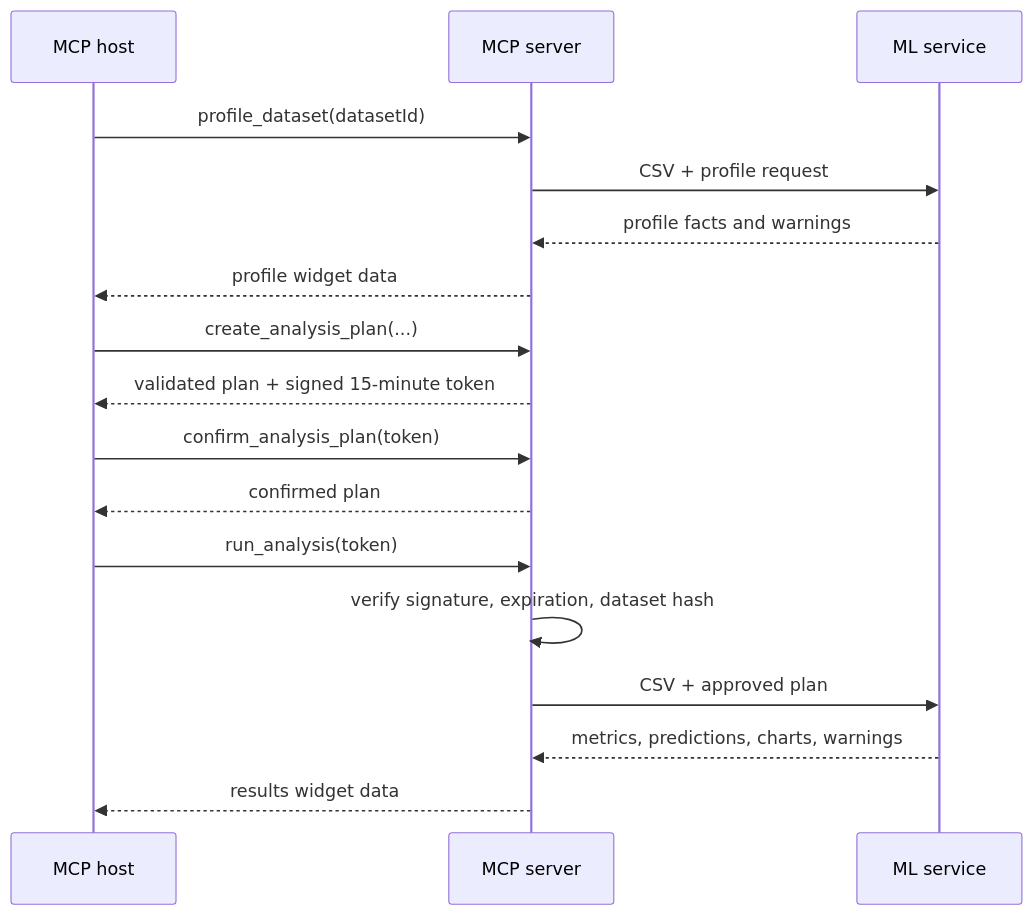
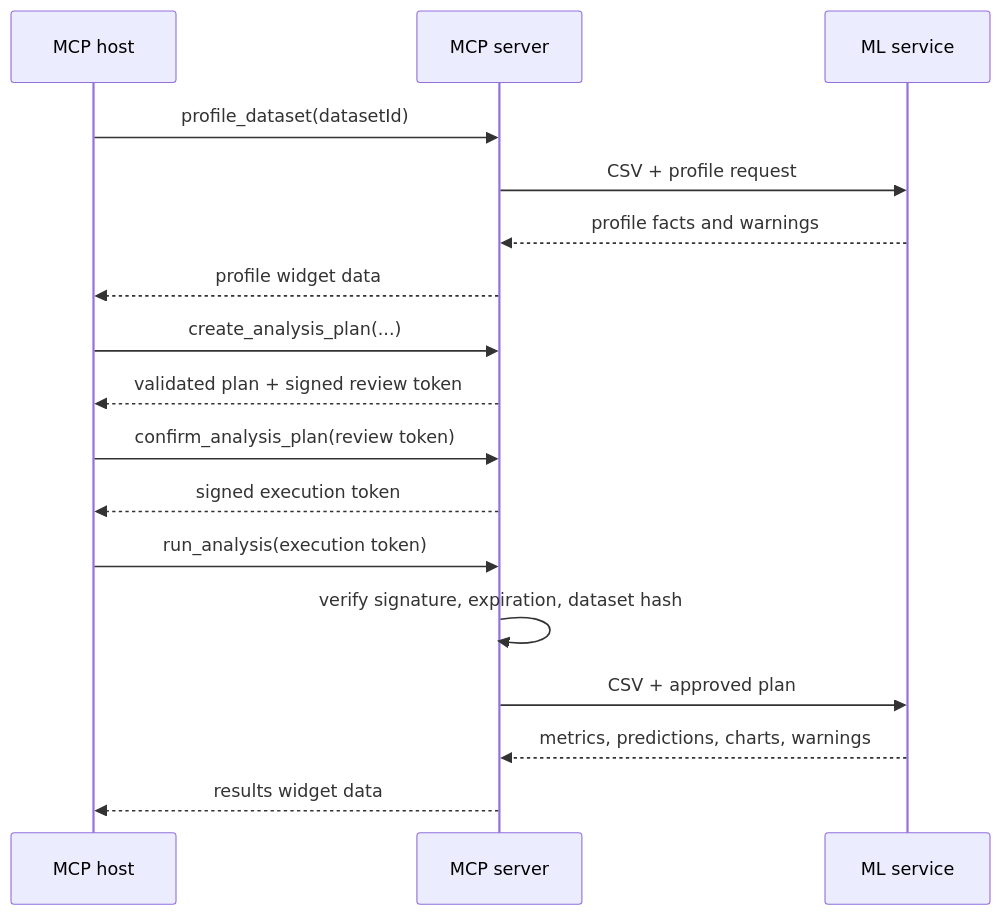
One commit to KiranRajeev-KV/seer changed the second of 2 diagrams in docs/architecture.md. Above: the diagram before and after it, drawn with Mermaid. The commit also changed other lines of this file and 17 other files, not shown here.

Commit message:
feat: add approval gate for run analysis

````diff
--- a/docs/architecture.md
+++ b/docs/architecture.md
@@ -25,19 +25,19 @@
 ```mermaid
 sequenceDiagram
   participant H as MCP host
   participant M as MCP server
   participant P as ML service
   H->>M: profile_dataset(datasetId)
   M->>P: CSV + profile request
   P-->>M: profile facts and warnings
   M-->>H: profile widget data
   H->>M: create_analysis_plan(...)
-  M-->>H: validated plan + signed 15-minute token
-  H->>M: confirm_analysis_plan(token)
-  M-->>H: confirmed plan
-  H->>M: run_analysis(token)
+  M-->>H: validated plan + signed review token
+  H->>M: confirm_analysis_plan(review token)
+  M-->>H: signed execution token
+  H->>M: run_analysis(execution token)
   M->>M: verify signature, expiration, dataset hash
   M->>P: CSV + approved plan
   P-->>M: metrics, predictions, charts, warnings
   M-->>H: results widget data
 ```
````
